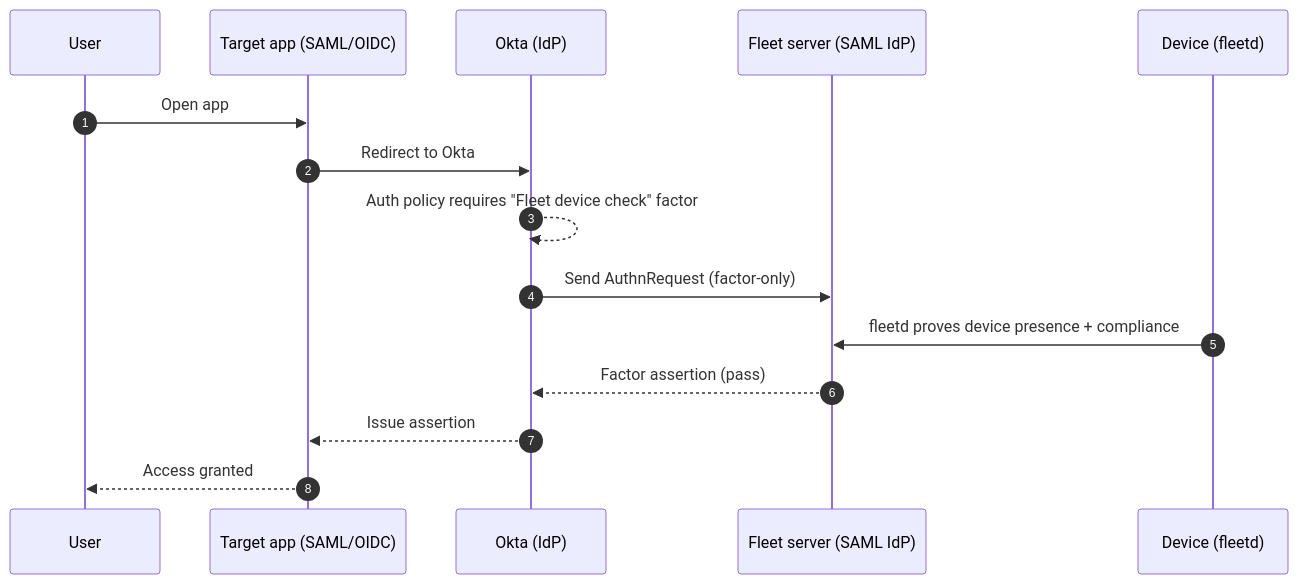
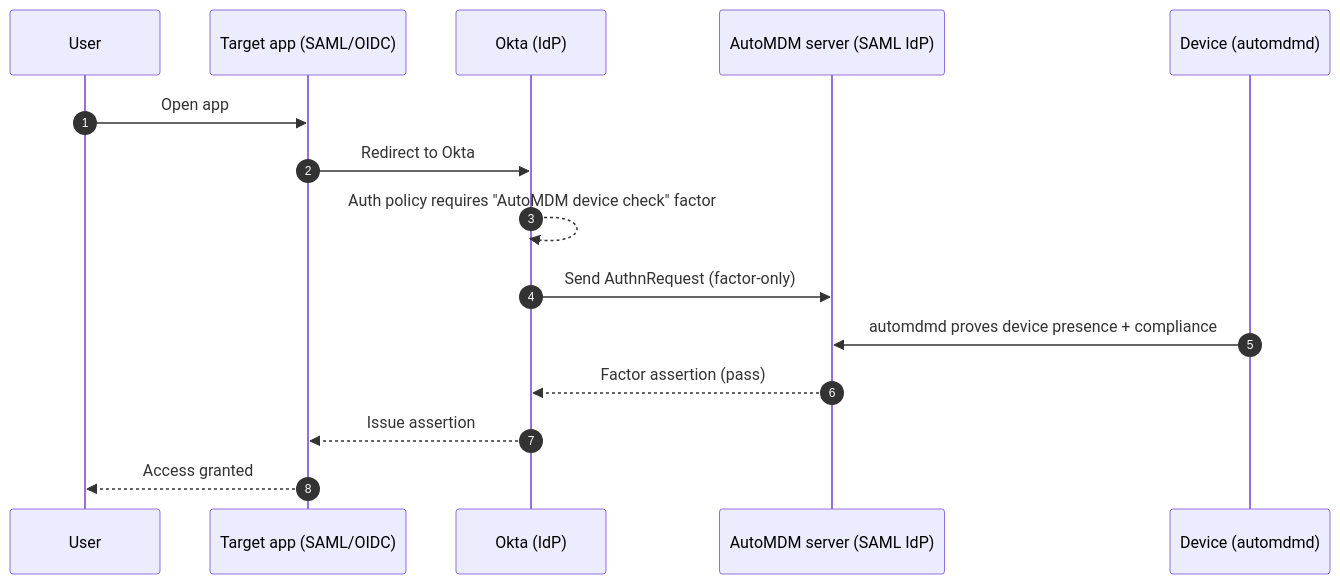
One commit to anilyagiz/AutoMDM changed the first of 4 diagrams in docs/Contributing/authentication/okta-conditional-access.md. Above: the diagram before and after it, drawn with Mermaid. The commit also changed other lines of this file and 7979 other files, not shown here.

First line of the commit message:
Rebrand Fleet as AutoMDM (mechanical pass)

````diff
--- a/docs/Contributing/authentication/okta-conditional-access.md
+++ b/docs/Contributing/authentication/okta-conditional-access.md
@@ -54,18 +54,18 @@
 ```mermaid
 sequenceDiagram
   autonumber
   participant U as User
   participant A as Target app (SAML/OIDC)
   participant O as Okta (IdP)
-  participant F as Fleet server (SAML IdP)
-  participant D as Device (fleetd)
+  participant F as AutoMDM server (SAML IdP)
+  participant D as Device (automdmd)
 
   U->>A: Open app
   A->>O: Redirect to Okta
-  O-->>O: Auth policy requires "Fleet device check" factor
+  O-->>O: Auth policy requires "AutoMDM device check" factor
   O->>F: Send AuthnRequest (factor-only)
-  D->>F: fleetd proves device presence + compliance
+  D->>F: automdmd proves device presence + compliance
   F-->>O: Factor assertion (pass)
   O-->>A: Issue assertion
   A-->>U: Access granted
 ```
````
